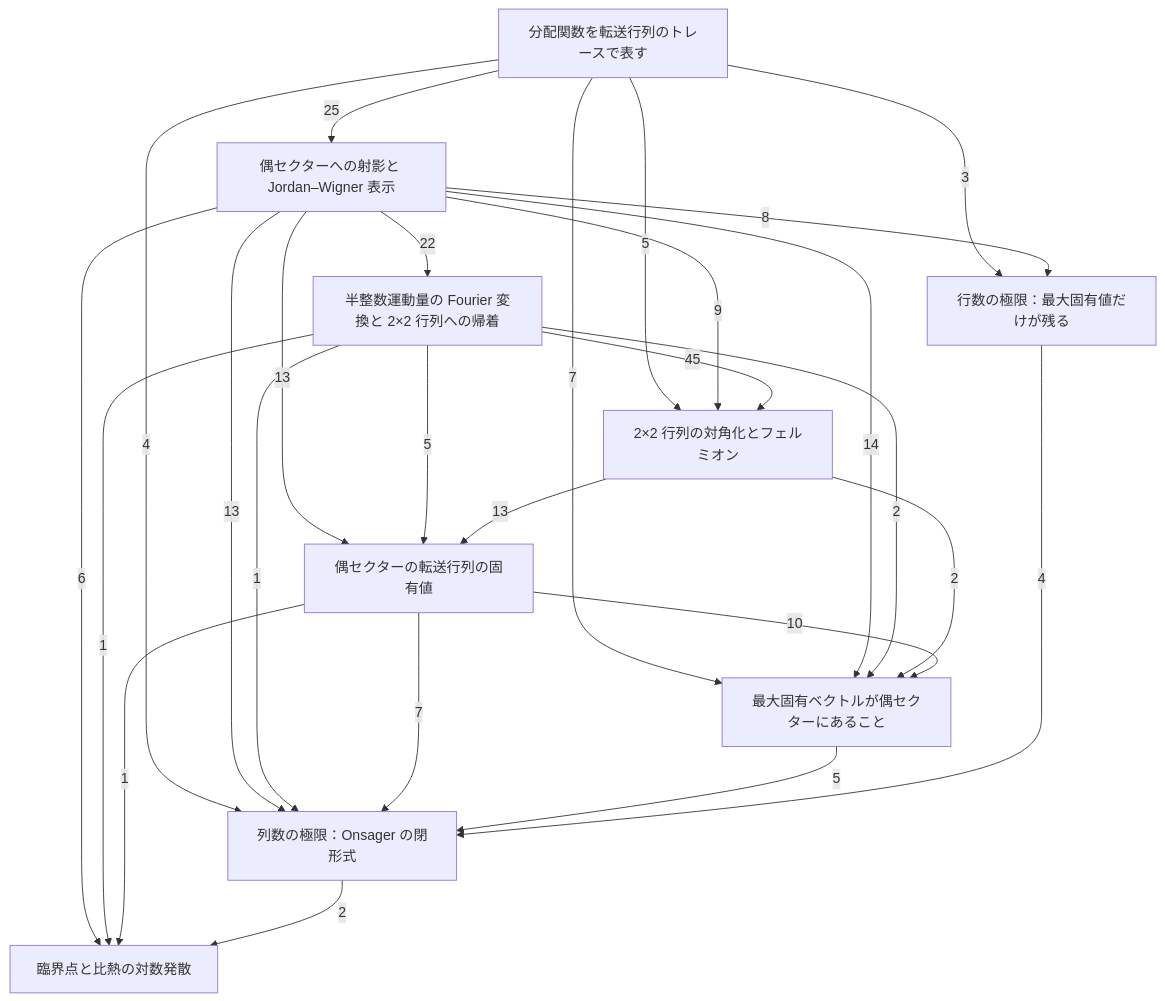
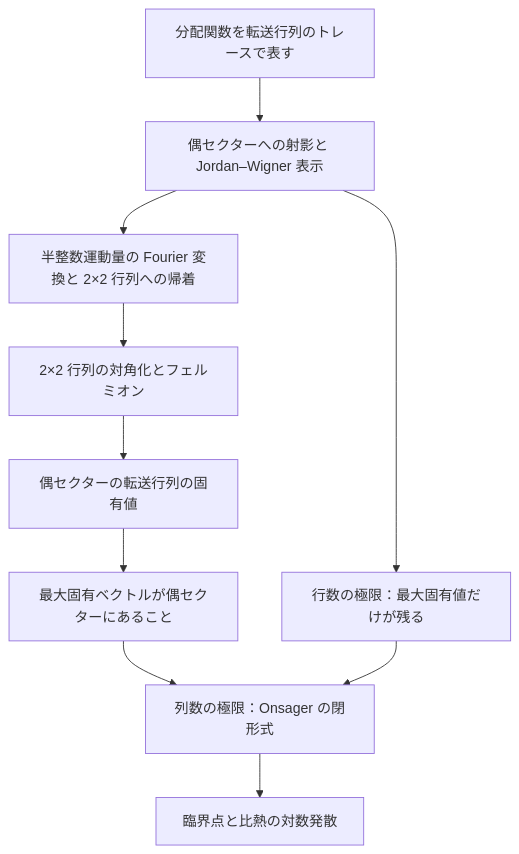
One commit to masaori/math changed the diagram in exact-solution-of-2d-ising-model/docs/tasks/six-chapter-organization-proposal.md. Above: the diagram before and after it, drawn with Mermaid. The commit also changed other lines of this file and 1 other file, not shown here.

Commit message:
複素行列版論文: 章の依存関係の図から推移的に辿れる矢印を省く

````diff
--- a/exact-solution-of-2d-ising-model/docs/tasks/six-chapter-organization-proposal.md
+++ b/exact-solution-of-2d-ising-model/docs/tasks/six-chapter-organization-proposal.md
@@ -172,38 +172,22 @@
 ```mermaid
 flowchart TD
   trace["分配関数を転送行列のトレースで表す"]
   sector["偶セクターへの射影と Jordan–Wigner 表示"]
   fourier["半整数運動量の Fourier 変換と 2×2 行列への帰着"]
   diag["2×2 行列の対角化とフェルミオン"]
   eig["偶セクターの転送行列の固有値"]
   evenvec["最大固有ベクトルが偶セクターにあること"]
   rowlim["行数の極限：最大固有値だけが残る"]
   collim["列数の極限：Onsager の閉形式"]
   crit["臨界点と比熱の対数発散"]
 
-  trace -->|25| sector
-  trace -->|5| diag
-  trace -->|7| evenvec
-  trace -->|3| rowlim
-  trace -->|4| collim
-  sector -->|22| fourier
-  sector -->|9| diag
-  sector -->|13| eig
-  sector -->|14| evenvec
-  sector -->|8| rowlim
-  sector -->|13| collim
-  sector -->|6| crit
-  fourier -->|45| diag
-  fourier -->|5| eig
-  fourier -->|2| evenvec
-  fourier -->|1| collim
-  fourier -->|1| crit
-  diag -->|13| eig
-  diag -->|2| evenvec
-  eig -->|10| evenvec
-  eig -->|7| collim
-  eig -->|1| crit
-  evenvec -->|5| collim
-  rowlim -->|4| collim
-  collim -->|2| crit
+  trace --> sector
+  sector --> fourier
+  fourier --> diag
+  diag --> eig
+  eig --> evenvec
+  evenvec --> collim
+  sector --> rowlim
+  rowlim --> collim
+  collim --> crit
 ```
````
